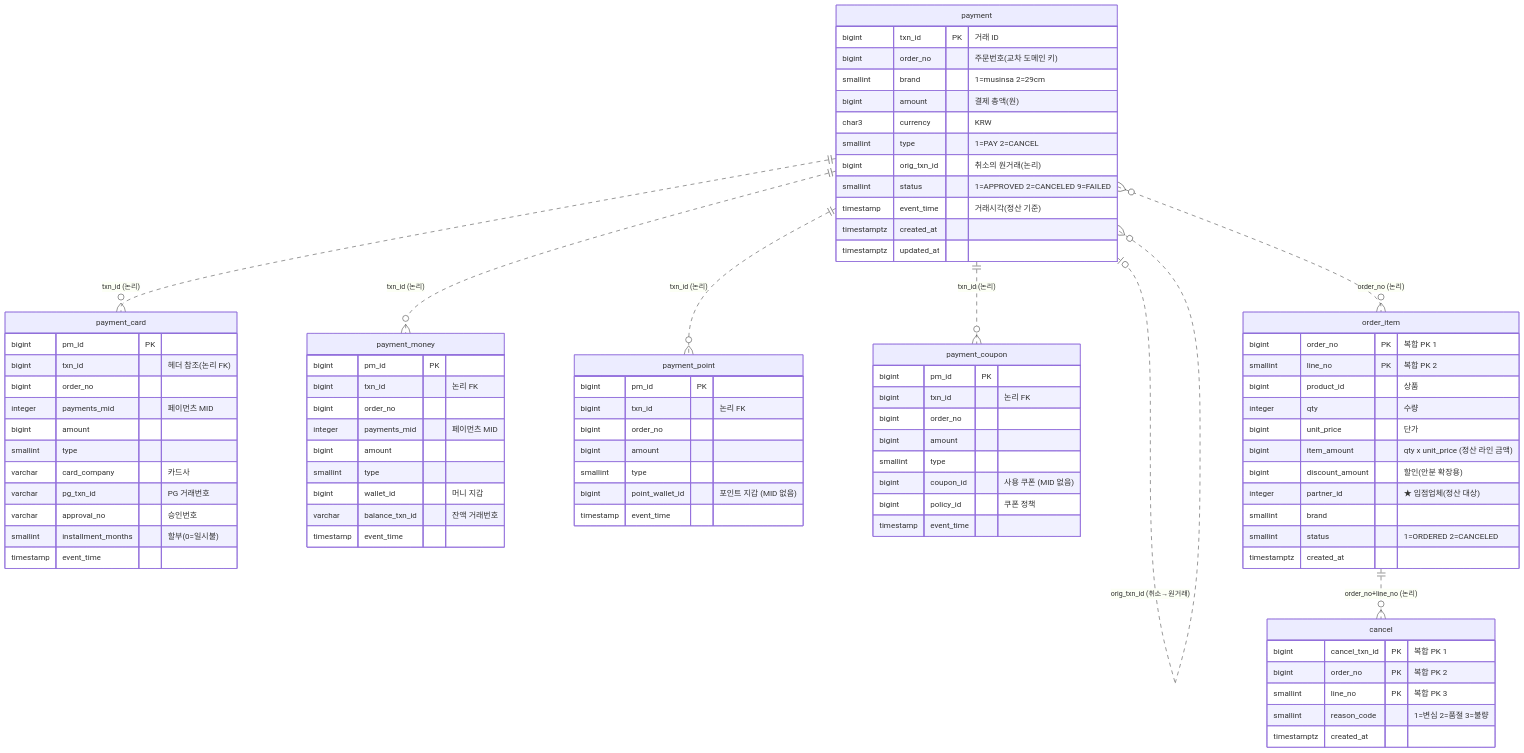
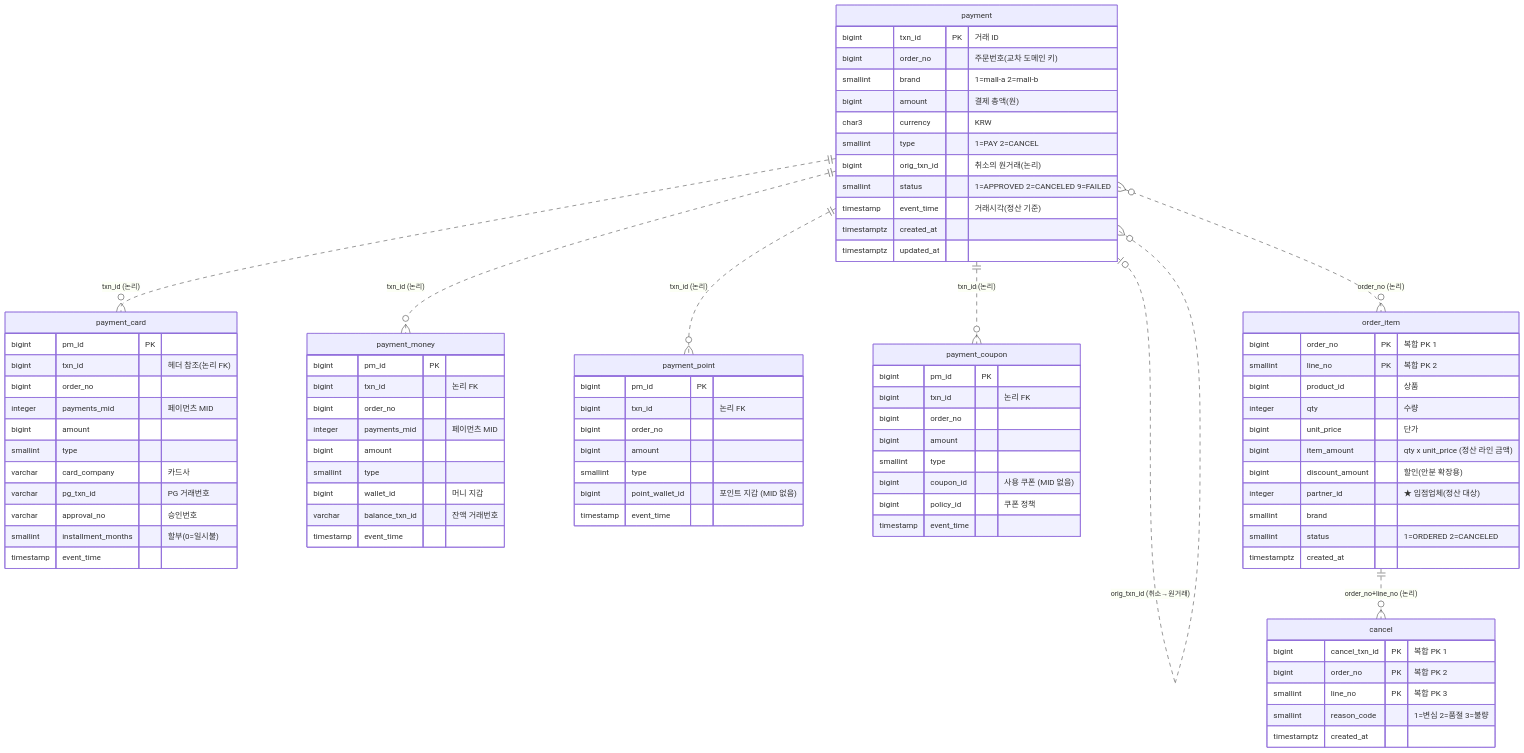
The first of 2 diagrams in docs/ERD.md (illusio522/settlement-pipeline), drawn with Mermaid before and after one commit. The commit also changed 16 other files, not shown here.

First line of the commit message:
브랜드명 정리: 실존 상호(musinsa·29cm)를 합성 명칭(mall-a·mall-b)으로 치환

```diff
--- a/docs/ERD.md
+++ b/docs/ERD.md
@@ -27,7 +27,7 @@
     payment {
         bigint      txn_id      PK  "거래 ID"
         bigint      order_no        "주문번호(교차 도메인 키)"
-        smallint    brand           "1=musinsa 2=29cm"
+        smallint    brand           "1=mall-a 2=mall-b"
         bigint      amount          "결제 총액(원)"
         char3       currency        "KRW"
         smallint    type            "1=PAY 2=CANCEL"
```
